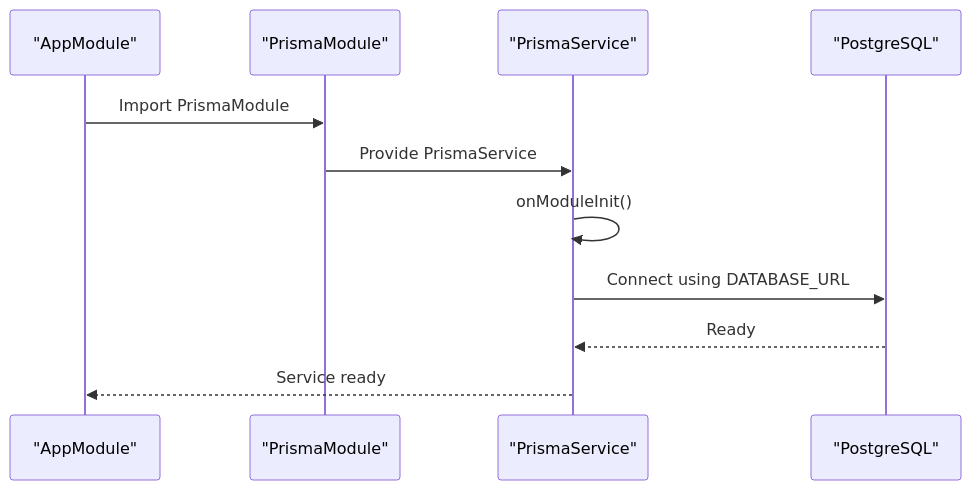
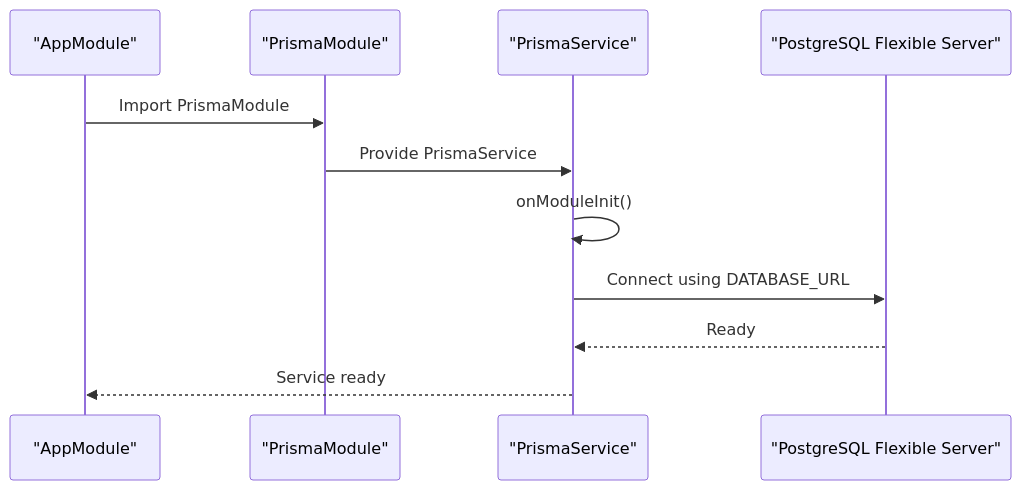
The fifth of 7 diagrams in .qoder/repowiki/en/content/Database Management.md (Avi-Bendetsky/Quiz-to-build), drawn with Mermaid before and after one commit. The commit also changed other lines of this file and 41 other files, not shown here.

````diff
--- a/.qoder/repowiki/en/content/Database Management.md
+++ b/.qoder/repowiki/en/content/Database Management.md
@@ -212,13 +265,13 @@
 ```mermaid
 sequenceDiagram
 participant App as "AppModule"
 participant PM as "PrismaModule"
 participant PS as "PrismaService"
-participant PG as "PostgreSQL"
+participant PG as "PostgreSQL Flexible Server"
 App->>PM : Import PrismaModule
 PM->>PS : Provide PrismaService
 PS->>PS : onModuleInit()
 PS->>PG : Connect using DATABASE_URL
 PG-->>PS : Ready
 PS-->>App : Service ready
 ```
````
